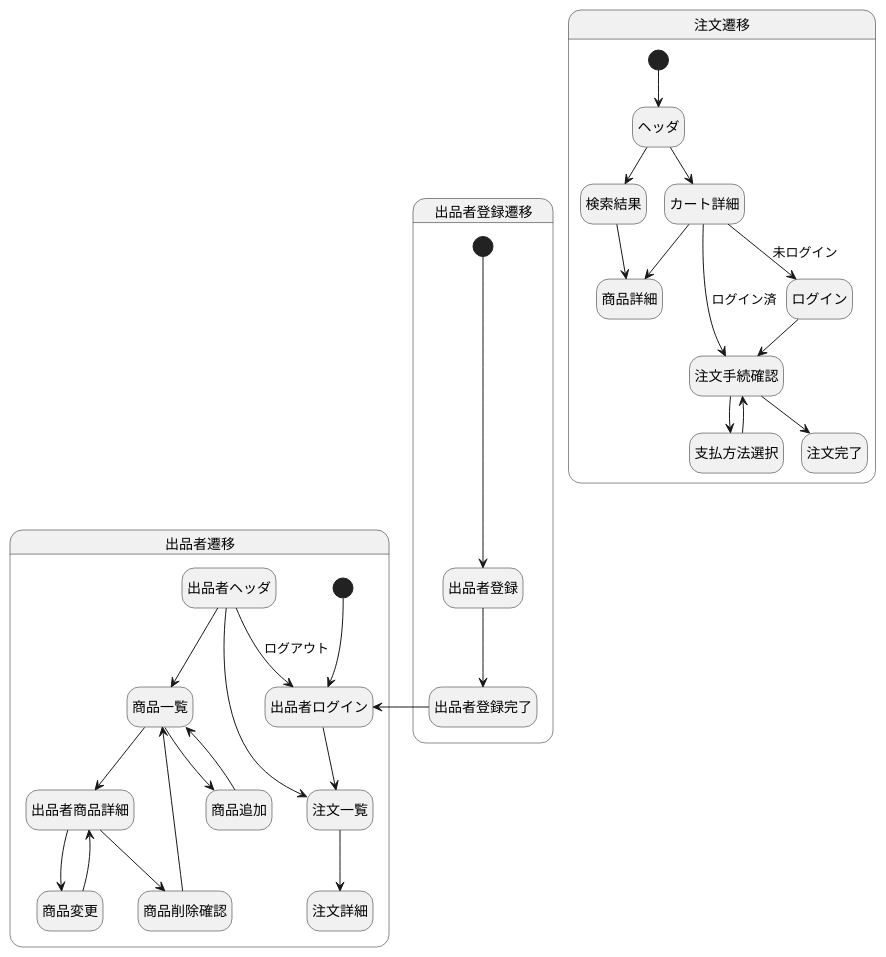
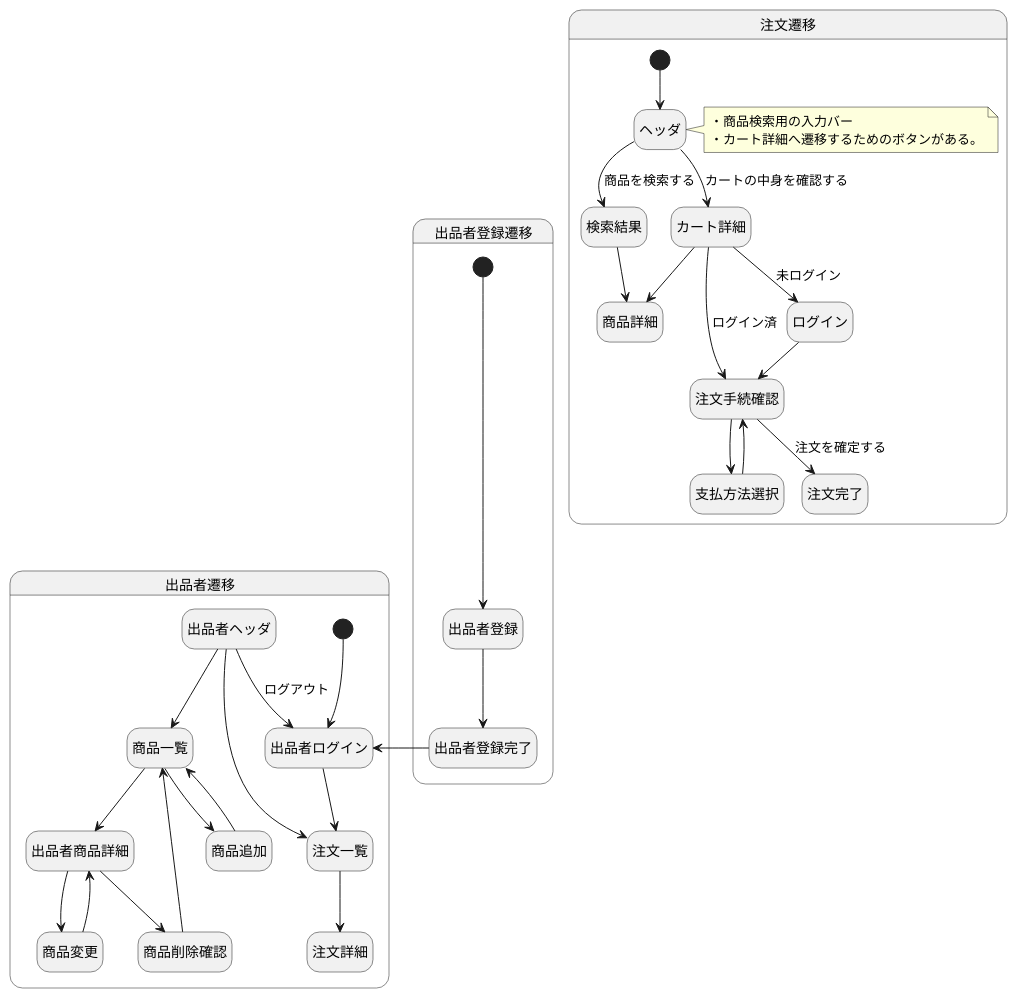
One commit to k-ookawara/sample-shopping-site changed the first of 2 diagrams in doc/consept.md. Above: the diagram before and after it, drawn with PlantUML. The commit also changed other lines of this file and 24 other files, not shown here.

Commit message:
DBViewerのインストール手順を追加。ショッピングサイト概要に目次、イメージ図、進め方のヒントを追加。

```diff
--- a/doc/consept.md
+++ b/doc/consept.md
@@ -18,40 +18,41 @@
 @startuml
 hide empty description
 
 state 注文遷移 {
   state ヘッダ
+  note right of ヘッダ : ・商品検索用の入力バー\n・カート詳細へ遷移するためのボタンがある。
   [*] --> ヘッダ
-  ヘッダ --> 検索結果
-  ヘッダ --> カート詳細
+  ヘッダ --> 検索結果: 商品を検索する
+  ヘッダ --> カート詳細: カートの中身を確認する
   検索結果 --> 商品詳細
   カート詳細 --> 商品詳細
   カート詳細 --> 注文手続確認: ログイン済
   カート詳細 --> ログイン: 未ログイン
   ログイン --> 注文手続確認
   注文手続確認 --> 支払方法選択
   支払方法選択 --> 注文手続確認
-  注文手続確認 --> 注文完了
+  注文手続確認 --> 注文完了: 注文を確定する
 }
 
 state 出品者遷移 {
   [*] --> 出品者ログイン
   出品者ログイン --> 注文一覧
   注文一覧 --> 注文詳細
   出品者ヘッダ --> 注文一覧
   出品者ヘッダ --> 出品者ログイン: ログアウト
   出品者ヘッダ --> 商品一覧
   商品一覧 --> 商品追加
   商品追加 --> 商品一覧
   商品一覧 --> 出品者商品詳細
   出品者商品詳細 --> 商品変更
   商品変更 --> 出品者商品詳細
   出品者商品詳細 --> 商品削除確認
   商品削除確認 --> 商品一覧
 }
 
 state 出品者登録遷移 {
   [*] --> 出品者登録
   出品者登録 --> 出品者登録完了
   出品者登録完了 -left-> 出品者ログイン
 }
 @enduml
```
